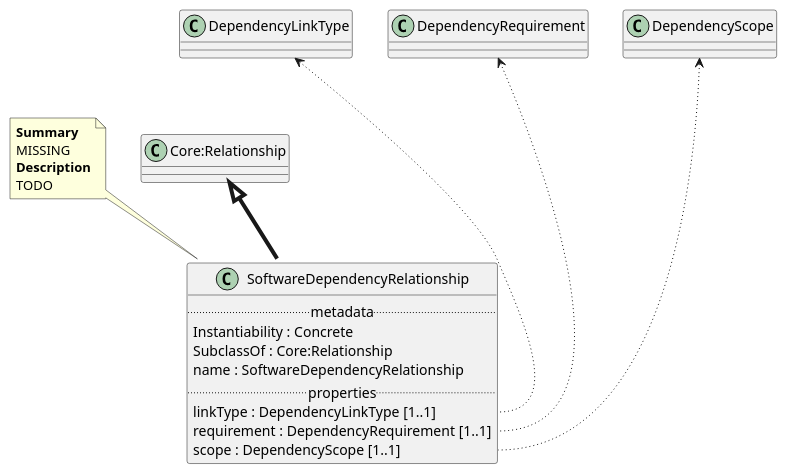
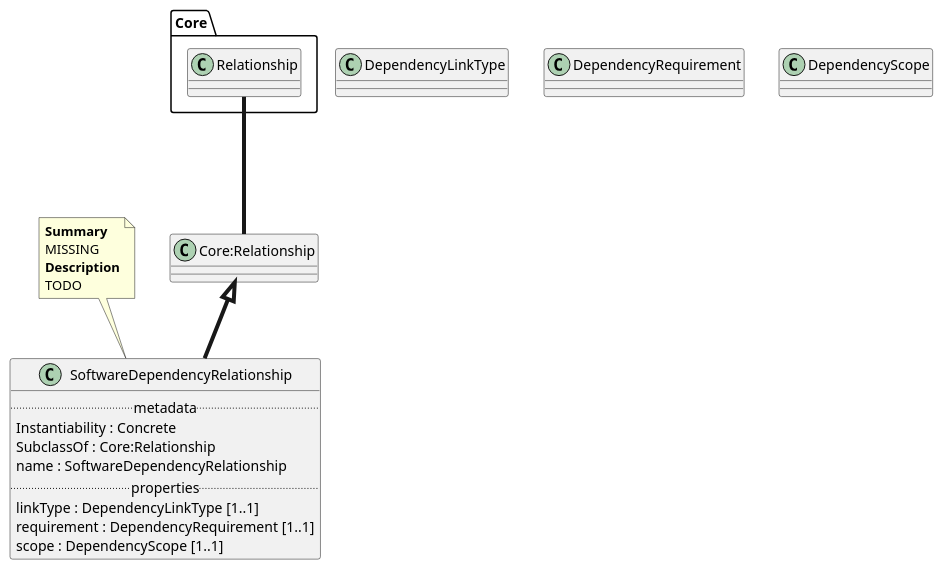
Before and after one commit to maxhbr/spec-parser.hs: the diagram in puml/SoftwareDependencyRelationship.Class.puml, drawn with PlantUML. The commit also changed 69 other files, not shown here.

```diff
--- a/puml/SoftwareDependencyRelationship.Class.puml
+++ b/puml/SoftwareDependencyRelationship.Class.puml
@@ -1,22 +1,24 @@
 @startuml
+set separator ::
 class SoftwareDependencyRelationship {
 .. metadata ..
     Instantiability : Concrete
     SubclassOf : Core:Relationship
     name : SoftwareDependencyRelationship
 .. properties ..
     linkType : DependencyLinkType [1..1]
     requirement : DependencyRequirement [1..1]
     scope : DependencyScope [1..1]
 }
 note top of SoftwareDependencyRelationship
 <b>Summary</b>
 MISSING
 <b>Description</b>
 TODO
 end note
 "Core:Relationship" <|-[thickness=4]- "SoftwareDependencyRelationship"
+"Core::Relationship" -[thickness=4]-- "Core:Relationship"
 "DependencyLinkType" <-[dotted]-- "SoftwareDependencyRelationship::linkType"
 "DependencyRequirement" <-[dotted]-- "SoftwareDependencyRelationship::requirement"
 "DependencyScope" <-[dotted]-- "SoftwareDependencyRelationship::scope"
 @enduml
```
